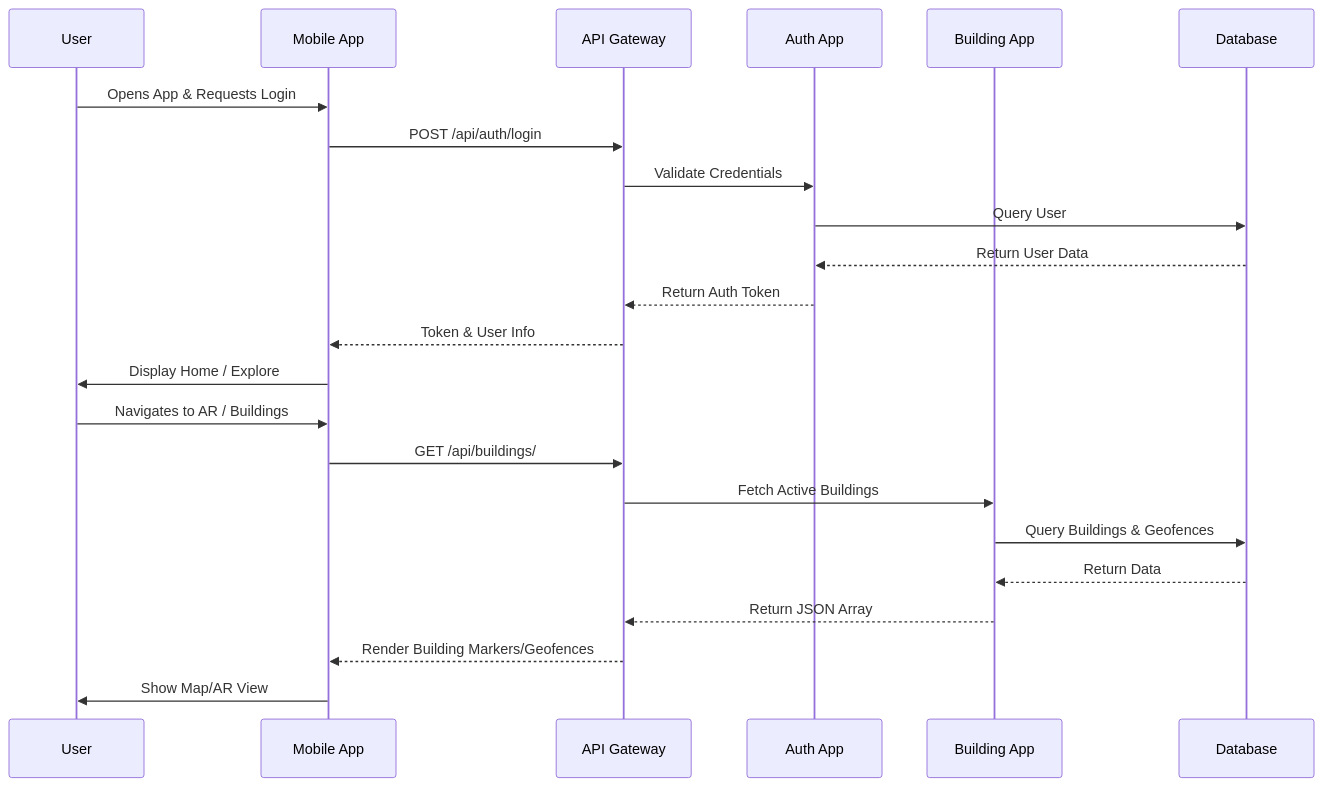
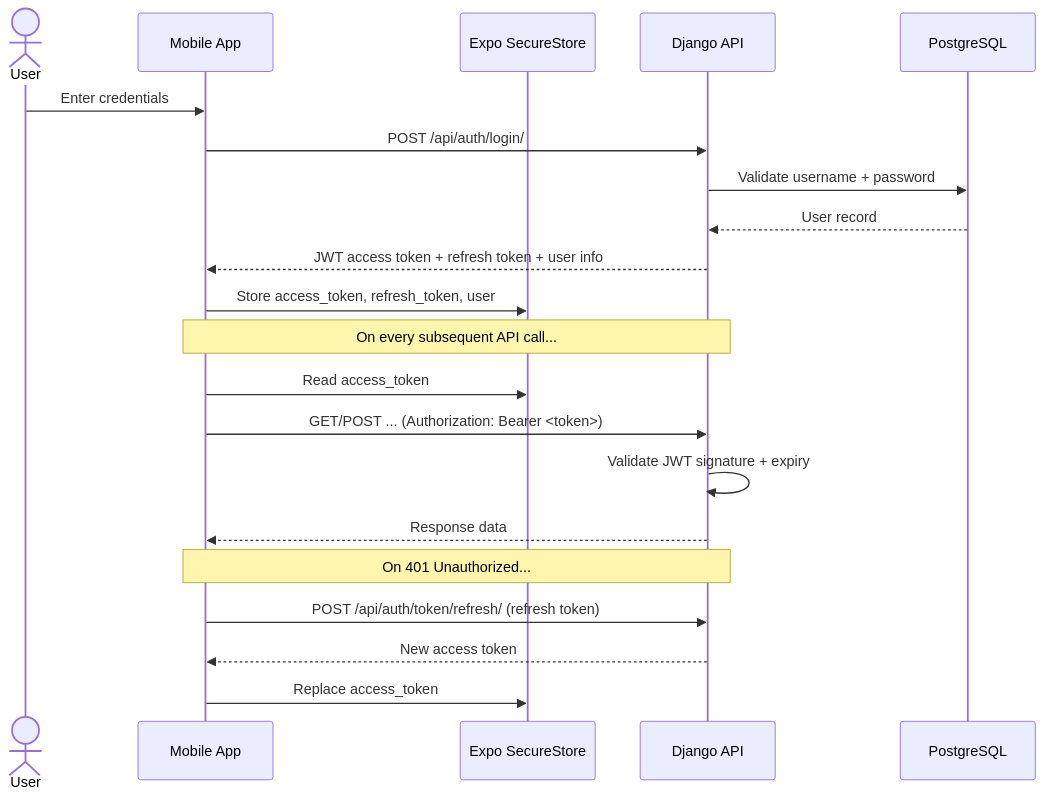
The second of 11 diagrams in data-flow.md (Cipher-Syntax/ARQuest), drawn with Mermaid before and after one commit. The commit also changed other lines of this file and 2 other files, not shown here.

Commit message:
docs: update ERD, data-flow, and system-architecture with full documentation

````diff
--- a/data-flow.md
+++ b/data-flow.md
@@ -3,27 +39,26 @@
 ```mermaid
 sequenceDiagram
-    participant User
-    participant MobileApp as Mobile App
-    participant APIGateway as API Gateway
-    participant Auth as Auth App
-    participant Building as Building App
-    participant Database as Database
+    actor User
+    participant App as Mobile App
+    participant SecureStore as Expo SecureStore
+    participant API as Django API
+    participant DB as PostgreSQL
 
-    User->>MobileApp: Opens App & Requests Login
-    MobileApp->>APIGateway: POST /api/auth/login
-    APIGateway->>Auth: Validate Credentials
-    Auth->>Database: Query User
-    Database-->>Auth: Return User Data
-    Auth-->>APIGateway: Return Auth Token
-    APIGateway-->>MobileApp: Token & User Info
-    MobileApp->>User: Display Home / Explore
+    User->>App: Enter credentials
+    App->>API: POST /api/auth/login/
+    API->>DB: Validate username + password
+    DB-->>API: User record
+    API-->>App: JWT access token + refresh token + user info
+    App->>SecureStore: Store access_token, refresh_token, user
 
-    User->>MobileApp: Navigates to AR / Buildings
-    MobileApp->>APIGateway: GET /api/buildings/
-    APIGateway->>Building: Fetch Active Buildings
-    Building->>Database: Query Buildings & Geofences
-    Database-->>Building: Return Data
-    Building-->>APIGateway: Return JSON Array
-    APIGateway-->>MobileApp: Render Building Markers/Geofences
-    MobileApp->>User: Show Map/AR View
+    Note over App,API: On every subsequent API call...
+    App->>SecureStore: Read access_token
+    App->>API: GET/POST ... (Authorization: Bearer <token>)
+    API->>API: Validate JWT signature + expiry
+    API-->>App: Response data
+
+    Note over App,API: On 401 Unauthorized...
+    App->>API: POST /api/auth/token/refresh/ (refresh token)
+    API-->>App: New access token
+    App->>SecureStore: Replace access_token
 ```
````
